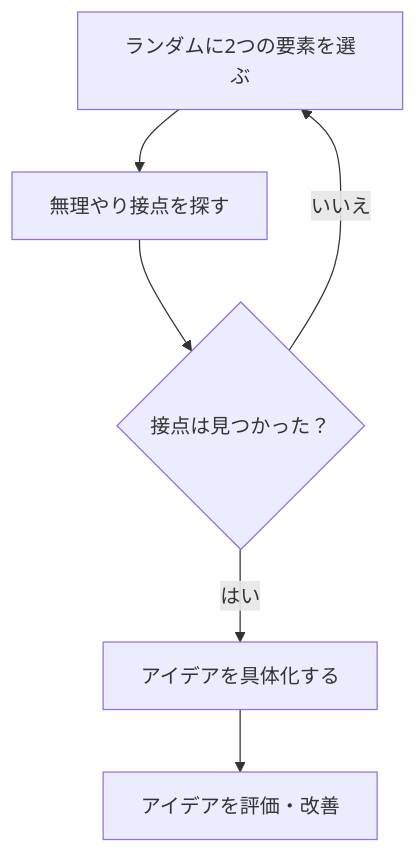
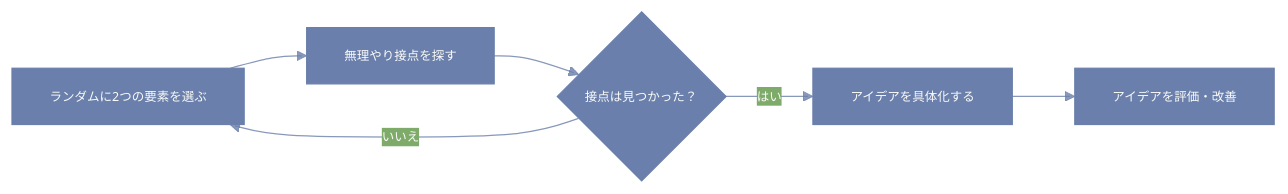
The diagram in articles/idea-lateral-connect.md (zoldof/zenn-content), drawn with Mermaid before and after one commit.

````diff
--- a/articles/idea-lateral-connect.md
+++ b/articles/idea-lateral-connect.md
@@ -53,8 +53,9 @@
 ```mermaid
-flowchart TD
+%%{init:{'theme':'base','themeVariables':{'primaryColor':'#6A7FAB','primaryTextColor':'#FAFBF9','primaryBorderColor':'#6A7FAB','lineColor':'#6A7FABCC','textColor':'#6A7FABCC','fontSize':'10px'}}}%%
+flowchart LR
     A[ランダムに2つの要素を選ぶ] --> B[無理やり接点を探す]
     B --> C{接点は見つかった？}
     C -- はい --> D[アイデアを具体化する]
     C -- いいえ --> A
     D --> E[アイデアを評価・改善]
 ```
````
